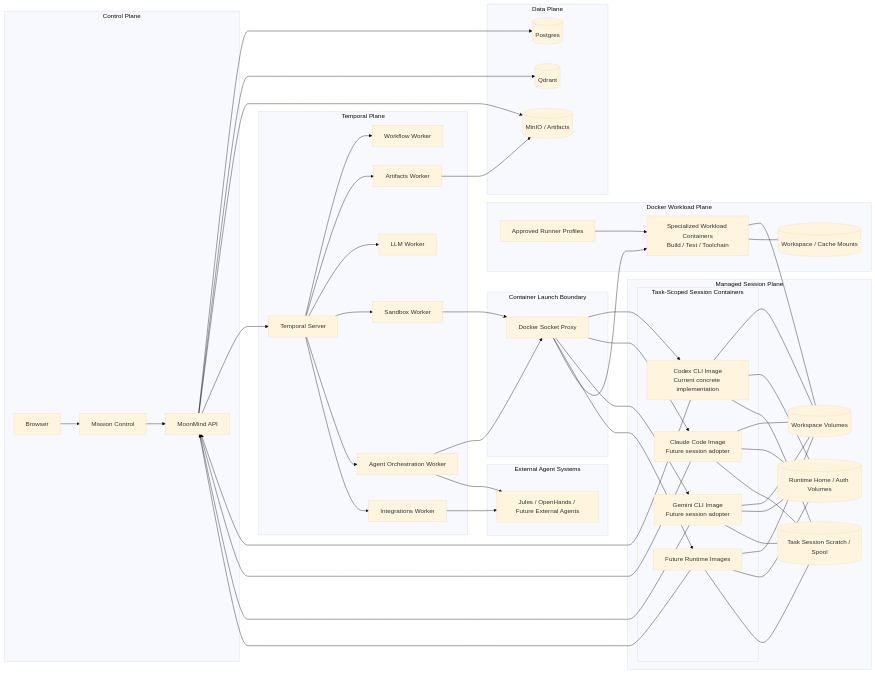
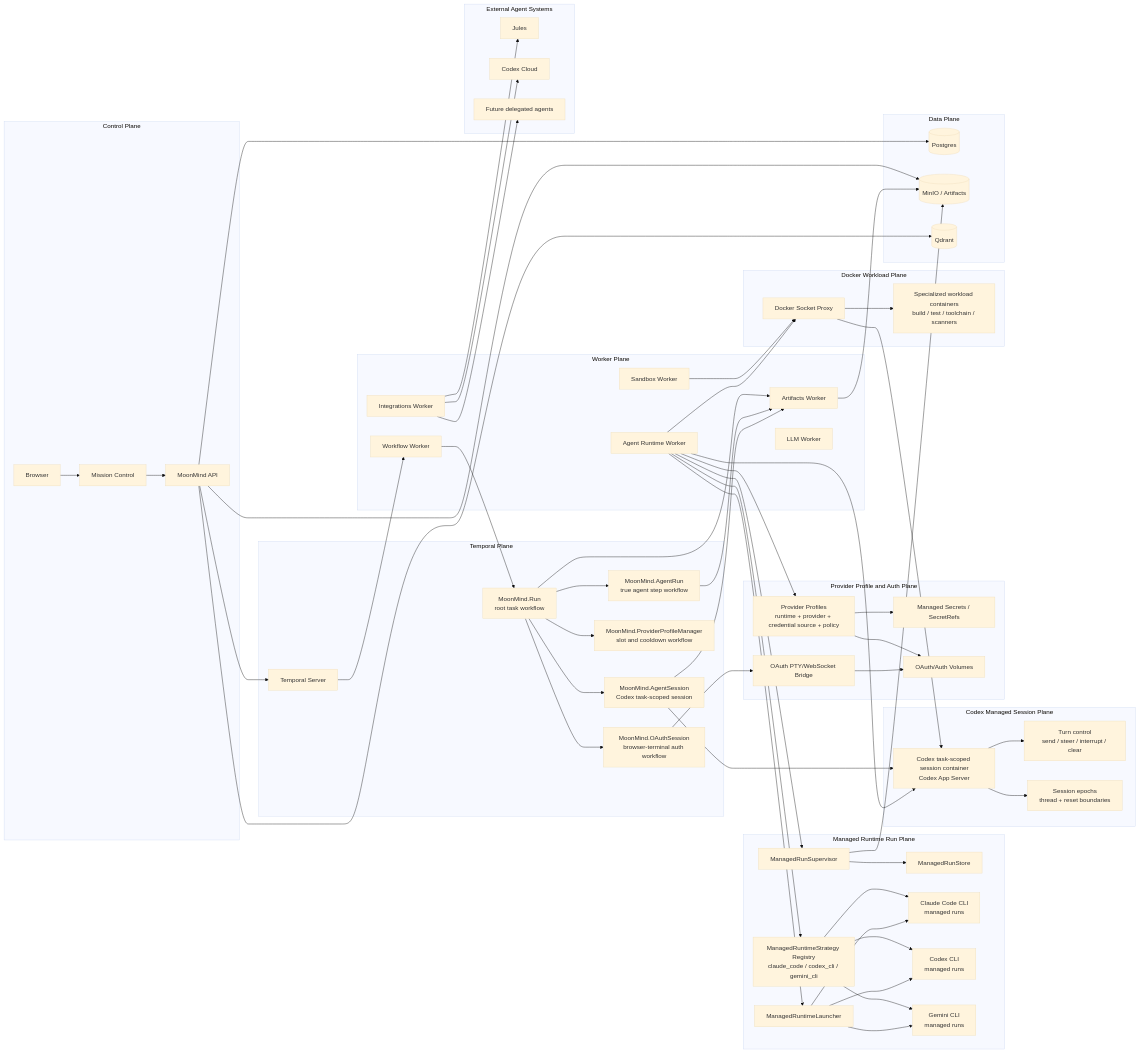
One commit to MoonLadderStudios/MoonMind changed the diagram in docs/MoonMindArchitecture.md. Above: the diagram before and after it, drawn with Mermaid (base theme). The commit also changed other lines of this file, not shown here.

Commit message:
Update MoonMind architecture for Claude and Codex

````diff
--- a/docs/MoonMindArchitecture.md
+++ b/docs/MoonMindArchitecture.md
@@ -27,92 +34,111 @@
     U --> MC --> API
   end
 
-  subgraph DataPlane["Data Plane"]
-    PG[(Postgres)]
-    QD[(Qdrant)]
-    MN[(MinIO / Artifacts)]
+  subgraph TemporalPlane["Temporal Plane"]
+    TS[Temporal Server]
+    RUN["MoonMind.Run<br/>root task workflow"]
+    AR["MoonMind.AgentRun<br/>true agent step workflow"]
+    AS["MoonMind.AgentSession<br/>Codex task-scoped session"]
+    PPM["MoonMind.ProviderProfileManager<br/>slot and cooldown workflow"]
+    OAUTH["MoonMind.OAuthSession<br/>browser-terminal auth workflow"]
   end
 
-  subgraph TemporalPlane["Temporal Plane"]
-    TMP[Temporal Server]
+  subgraph WorkerPlane["Worker Plane"]
     WF[Workflow Worker]
     ART[Artifacts Worker]
     LLM[LLM Worker]
     SB[Sandbox Worker]
-    AO[Agent Orchestration Worker]
+    AO[Agent Runtime Worker]
     INT[Integrations Worker]
   end
 
-  subgraph ContainerLaunchBoundary["Container Launch Boundary"]
-    DP[Docker Socket Proxy]
+  subgraph ManagedRunPlane["Managed Runtime Run Plane"]
+    STRAT["ManagedRuntimeStrategy Registry<br/>claude_code / codex_cli / gemini_cli"]
+    LAUNCH[ManagedRuntimeLauncher]
+    SUP[ManagedRunSupervisor]
+    STORE[ManagedRunStore]
+    CC["Claude Code CLI<br/>managed runs"]
+    CX["Codex CLI<br/>managed runs"]
+    GM["Gemini CLI<br/>managed runs"]
   end
 
-  subgraph ManagedSessionPlane["Managed Session Plane"]
-    subgraph SessionContainers["Task-Scoped Session Containers"]
-      COD["Codex CLI Image<br/>Current concrete implementation"]
-      CLA["Claude Code Image<br/>Future session adopter"]
-      GEM["Gemini CLI Image<br/>Future session adopter"]
-      FUT[Future Runtime Images]
-    end
-    WV[(Workspace Volumes)]
-    HV[(Runtime Home / Auth Volumes)]
-    SV[(Task Session Scratch / Spool)]
+  subgraph CodexSessionPlane["Codex Managed Session Plane"]
+    CSESS["Codex task-scoped session container<br/>Codex App Server"]
+    TURN["Turn control<br/>send / steer / interrupt / clear"]
+    EPOCH["Session epochs<br/>thread + reset boundaries"]
+  end
+
+  subgraph ProviderProfilePlane["Provider Profile and Auth Plane"]
+    PROFILES["Provider Profiles<br/>runtime + provider + credential source + policy"]
+    SECRETS[Managed Secrets / SecretRefs]
+    AUTHVOL[OAuth/Auth Volumes]
+    PTY[OAuth PTY/WebSocket Bridge]
+  end
+
+  subgraph ExternalAgentSystems["External Agent Systems"]
+    JULES[Jules]
+    CXC[Codex Cloud]
+    EXT[Future delegated agents]
   end
 
   subgraph DockerWorkloadPlane["Docker Workload Plane"]
-    RP[Approved Runner Profiles]
-    WLC["Specialized Workload Containers<br/>Build / Test / Toolchain"]
-    WCV[(Workspace / Cache Mounts)]
+    DP[Docker Socket Proxy]
+    WL["Specialized workload containers<br/>build / test / toolchain / scanners"]
   end
 
-  subgraph ExternalAgentSystems["External Agent Systems"]
-    EXT[Jules / OpenHands / Future External Agents]
+  subgraph DataPlane["Data Plane"]
+    PG[(Postgres)]
+    MINIO[(MinIO / Artifacts)]
+    QD[(Qdrant)]
   end
 
+  API --> TS
   API --> PG
+  API --> MINIO
   API --> QD
-  API --> MN
-  API --> TMP
 
-  TMP --> WF
-  TMP --> ART
-  TMP --> LLM
-  TMP --> SB
-  TMP --> AO
-  TMP --> INT
+  TS --> WF
+  WF --> RUN
+  RUN --> AR
+  RUN --> AS
+  RUN --> PPM
+  RUN --> OAUTH
 
-  ART --> MN
+  ART --> MINIO
+  AO --> STRAT
+  AO --> LAUNCH
+  AO --> SUP
+  SUP --> STORE
+  SUP --> MINIO
+
+  STRAT --> CC
+  STRAT --> CX
+  STRAT --> GM
+  LAUNCH --> CC
+  LAUNCH --> CX
+  LAUNCH --> GM
+
+  AS --> CSESS
+  CSESS --> TURN
+  CSESS --> EPOCH
+  AO --> CSESS
+
+  PROFILES --> SECRETS
+  PROFILES --> AUTHVOL
+  OAUTH --> PTY
+  PTY --> AUTHVOL
+  AO --> PROFILES
+
+  INT --> JULES
+  INT --> CXC
+  INT --> EXT
+
+  SB --> DP
   AO --> DP
-  AO --> EXT
-  INT --> EXT
-  SB --> DP
+  DP --> WL
+  DP --> CSESS
 
-  DP --> COD
-  DP --> CLA
-  DP --> GEM
-  DP --> FUT
-  DP --> WLC
-  RP --> WLC
-
-  COD --- WV
-  CLA --- WV
-  GEM --- WV
-  FUT --- WV
-
-  COD --- HV
-  CLA --- HV
-  GEM --- HV
-  FUT --- HV
-
-  COD --- SV
-  CLA --- SV
-  GEM --- SV
-  FUT --- SV
-  WLC --- WV
-  WLC --- WCV
-
-  COD --> API
-  CLA --> API
-  GEM --> API
-  FUT --> API
+  RUN --> ART
+  AR --> ART
+  AS --> ART
 ```
````
